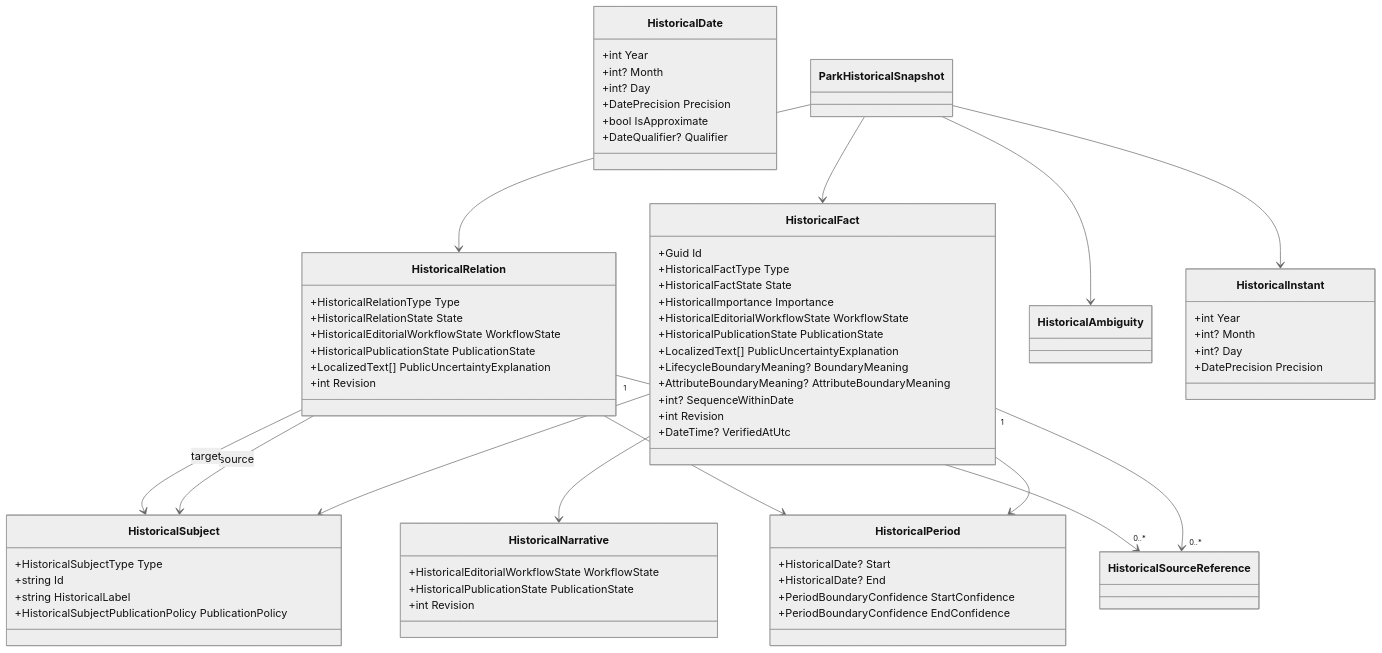
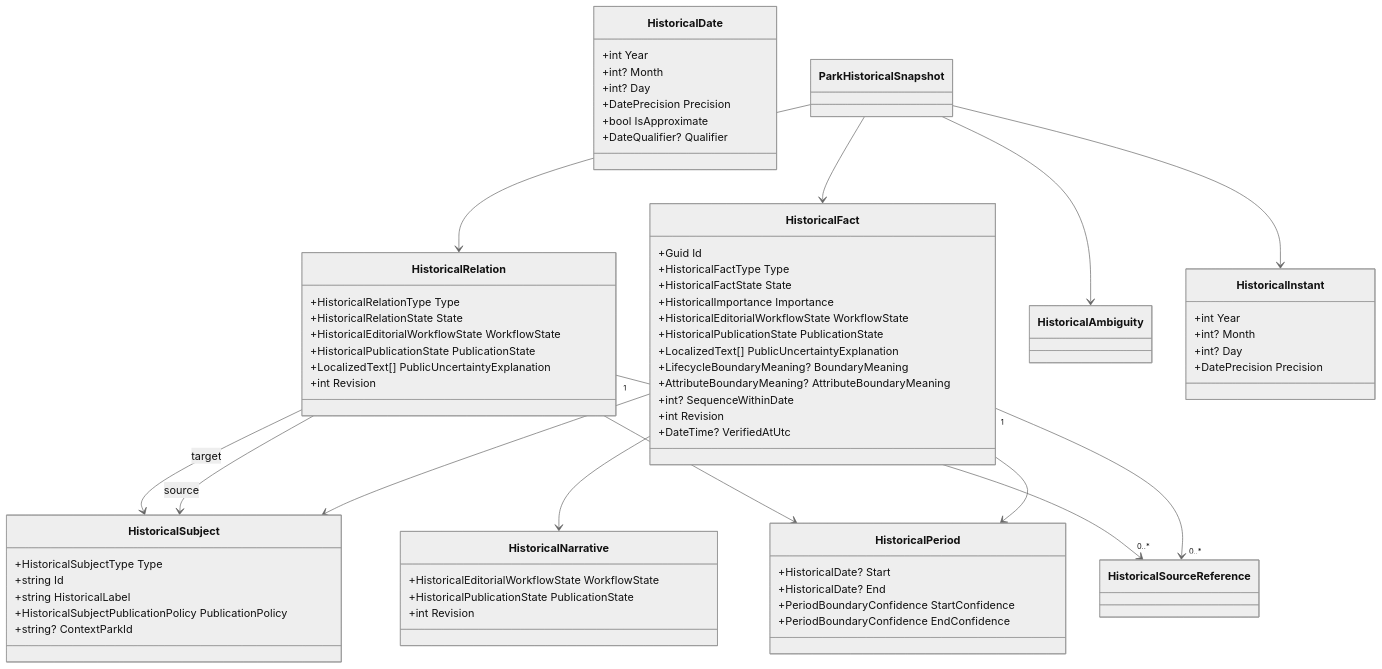
One commit to Ced59/AmusementParkProject changed the second of 3 diagrams in docs/architecture/product-growth-hist-01-temporal-semantics-2026-09-25.md. Above: the diagram before and after it, drawn with Mermaid (neutral theme). The commit also changed other lines of this file and 22 other files, not shown here.

````diff
--- a/docs/architecture/product-growth-hist-01-temporal-semantics-2026-09-25.md
+++ b/docs/architecture/product-growth-hist-01-temporal-semantics-2026-09-25.md
@@ -630,72 +634,73 @@
 ```mermaid
 classDiagram
     class HistoricalDate {
       +int Year
       +int? Month
       +int? Day
       +DatePrecision Precision
       +bool IsApproximate
       +DateQualifier? Qualifier
     }
     class HistoricalPeriod {
       +HistoricalDate? Start
       +HistoricalDate? End
       +PeriodBoundaryConfidence StartConfidence
       +PeriodBoundaryConfidence EndConfidence
     }
     class HistoricalSubject {
       +HistoricalSubjectType Type
       +string Id
       +string HistoricalLabel
       +HistoricalSubjectPublicationPolicy PublicationPolicy
+      +string? ContextParkId
     }
     class HistoricalFact {
       +Guid Id
       +HistoricalFactType Type
       +HistoricalFactState State
       +HistoricalImportance Importance
       +HistoricalEditorialWorkflowState WorkflowState
       +HistoricalPublicationState PublicationState
       +LocalizedText[] PublicUncertaintyExplanation
       +LifecycleBoundaryMeaning? BoundaryMeaning
       +AttributeBoundaryMeaning? AttributeBoundaryMeaning
       +int? SequenceWithinDate
       +int Revision
       +DateTime? VerifiedAtUtc
     }
     class HistoricalRelation {
       +HistoricalRelationType Type
       +HistoricalRelationState State
       +HistoricalEditorialWorkflowState WorkflowState
       +HistoricalPublicationState PublicationState
       +LocalizedText[] PublicUncertaintyExplanation
       +int Revision
     }
     class HistoricalSourceReference
     class HistoricalNarrative {
       +HistoricalEditorialWorkflowState WorkflowState
       +HistoricalPublicationState PublicationState
       +int Revision
     }
     class ParkHistoricalSnapshot
     class HistoricalAmbiguity
     class HistoricalInstant {
       +int Year
       +int? Month
       +int? Day
       +DatePrecision Precision
     }
 
     HistoricalFact --> HistoricalSubject
     HistoricalFact --> HistoricalPeriod
     HistoricalFact "1" --> "0..*" HistoricalSourceReference
     HistoricalFact --> HistoricalNarrative
     HistoricalRelation --> HistoricalSubject : source
     HistoricalRelation --> HistoricalSubject : target
     HistoricalRelation --> HistoricalPeriod
     HistoricalRelation "1" --> "0..*" HistoricalSourceReference
     ParkHistoricalSnapshot --> HistoricalFact
     ParkHistoricalSnapshot --> HistoricalRelation
     ParkHistoricalSnapshot --> HistoricalAmbiguity
     ParkHistoricalSnapshot --> HistoricalInstant
 ```
````
